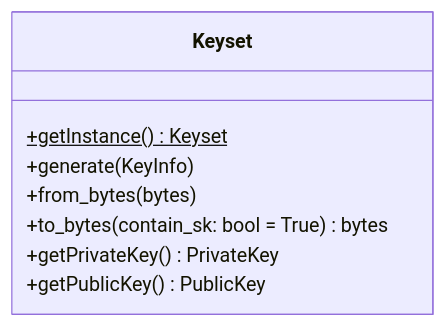
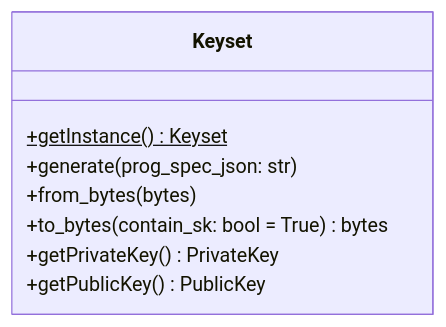
Before and after one commit to primus-labs/Aegis: the sixth of 8 diagrams in docs/design/binding.md, drawn with Mermaid. The commit also changed other lines of this file, not shown here.

````diff
--- a/docs/design/binding.md
+++ b/docs/design/binding.md
@@ -98,11 +135,11 @@
 ```mermaid {align="center"}
 classDiagram
   class Keyset {
     +getInstance() Keyset$
-    +generate(KeyInfo)
+    +generate(prog_spec_json: str)
     +from_bytes(bytes)
     +to_bytes(contain_sk: bool = True) bytes
     +getPrivateKey() PrivateKey
     +getPublicKey() PublicKey
   }
 ```
````
